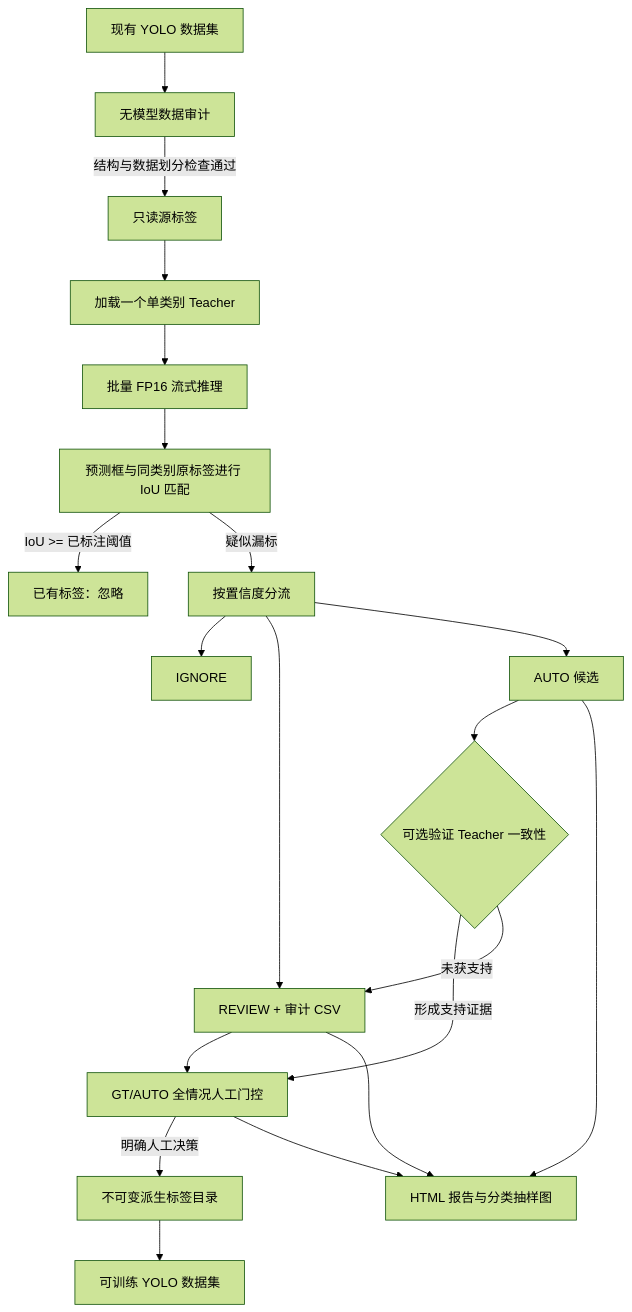
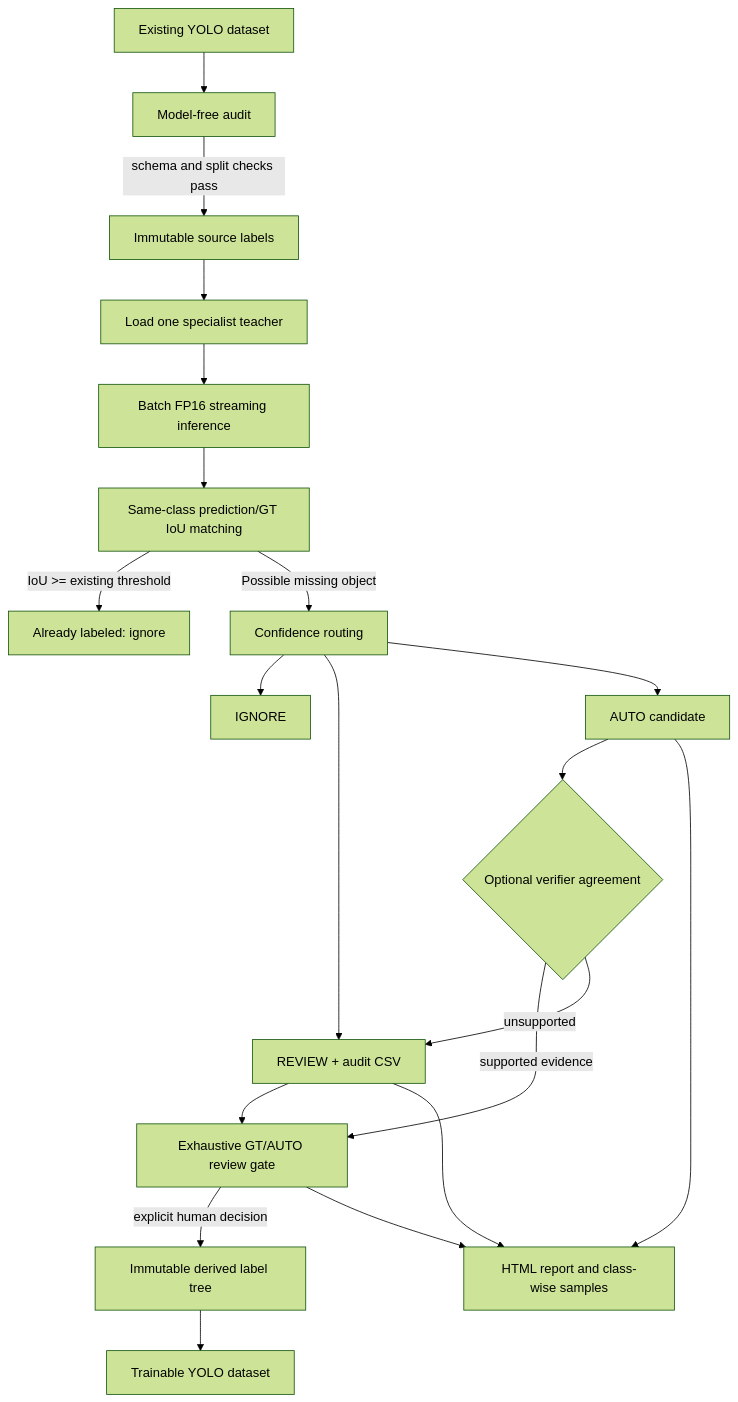
One commit to jiapengLi11/yolo-label-recovery changed the second of 2 diagrams in README.md. Above: the diagram before and after it, drawn with Mermaid (forest theme). The commit also changed other lines of this file and 10 other files, not shown here.

````diff
--- a/README.md
+++ b/README.md
@@ -154,22 +137,22 @@
 ```mermaid
 flowchart TD
-    A["现有 YOLO 数据集"] --> Q["无模型数据审计"]
-    Q -->|"结构与数据划分检查通过"| B["只读源标签"]
-    B --> C["加载一个单类别 Teacher"]
-    C --> D["批量 FP16 流式推理"]
-    D --> E["预测框与同类别原标签进行 IoU 匹配"]
-    E -->|"IoU >= 已标注阈值"| F["已有标签：忽略"]
-    E -->|"疑似漏标"| G["按置信度分流"]
+    A["Existing YOLO dataset"] --> Q["Model-free audit"]
+    Q -->|"schema and split checks pass"| B["Immutable source labels"]
+    B --> C["Load one specialist teacher"]
+    C --> D["Batch FP16 streaming inference"]
+    D --> E["Same-class prediction/GT IoU matching"]
+    E -->|"IoU >= existing threshold"| F["Already labeled: ignore"]
+    E -->|"Possible missing object"| G["Confidence routing"]
     G --> H["IGNORE"]
-    G --> I["REVIEW + 审计 CSV"]
-    G --> J["AUTO 候选"]
-    J --> M{"可选验证 Teacher 一致性"}
-    M -->|"形成支持证据"| R["GT/AUTO 全情况人工门控"]
-    M -->|"未获支持"| I
+    G --> I["REVIEW + audit CSV"]
+    G --> J["AUTO candidate"]
+    J --> M{"Optional verifier agreement"}
+    M -->|"supported evidence"| R["Exhaustive GT/AUTO review gate"]
+    M -->|"unsupported"| I
     I --> R
-    R -->|"明确人工决策"| K["不可变派生标签目录"]
-    K --> N["可训练 YOLO 数据集"]
-    I --> L["HTML 报告与分类抽样图"]
+    R -->|"explicit human decision"| K["Immutable derived label tree"]
+    K --> N["Trainable YOLO dataset"]
+    I --> L["HTML report and class-wise samples"]
     J --> L
     R --> L
 ```
````
